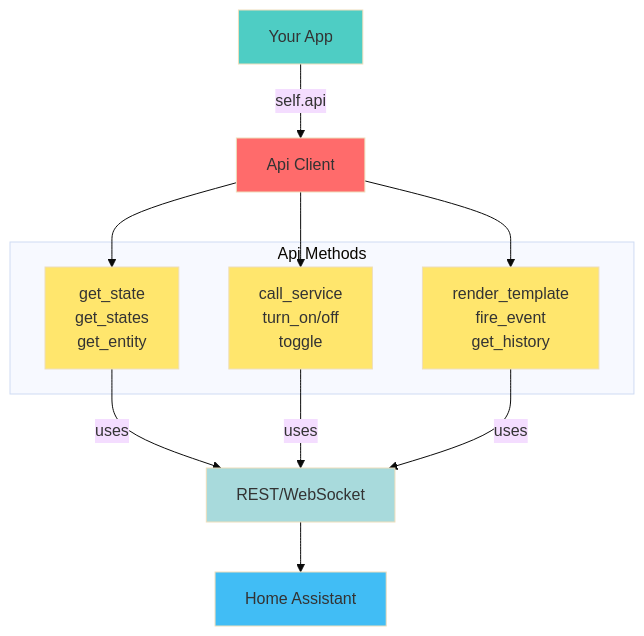
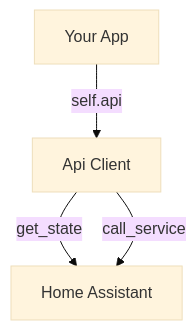
One commit to NodeJSmith/hassette changed the diagram in docs/pages/core-concepts/api/index.md. Above: the diagram before and after it, drawn with Mermaid (base theme). The commit also changed other lines of this file and 270 other files, not shown here.

````diff
--- a/docs/pages/core-concepts/api/index.md
+++ b/docs/pages/core-concepts/api/index.md
@@ -8,28 +5,6 @@
 ```mermaid
 graph TB
     APP[Your App] --> |self.api| API[Api Client]
-
-    subgraph "Api Methods"
-        GET[get_state<br/>get_states<br/>get_entity]
-        CALL[call_service<br/>turn_on/off<br/>toggle]
-        OTHER[render_template<br/>fire_event<br/>get_history]
-    end
-
-    API --> GET
-    API --> CALL
-    API --> OTHER
-
-    GET --> |uses| CONN[REST/WebSocket]
-    CALL --> |uses| CONN
-    OTHER --> |uses| CONN
-
-    CONN --> HA[Home Assistant]
-
-    style APP fill:#4ecdc4
-    style API fill:#ff6b6b
-    style GET fill:#ffe66d
-    style CALL fill:#ffe66d
-    style OTHER fill:#ffe66d
-    style CONN fill:#a8dadc
-    style HA fill:#41bdf5
+    API --> |get_state| HA[Home Assistant]
+    API --> |call_service| HA
 ```
````
